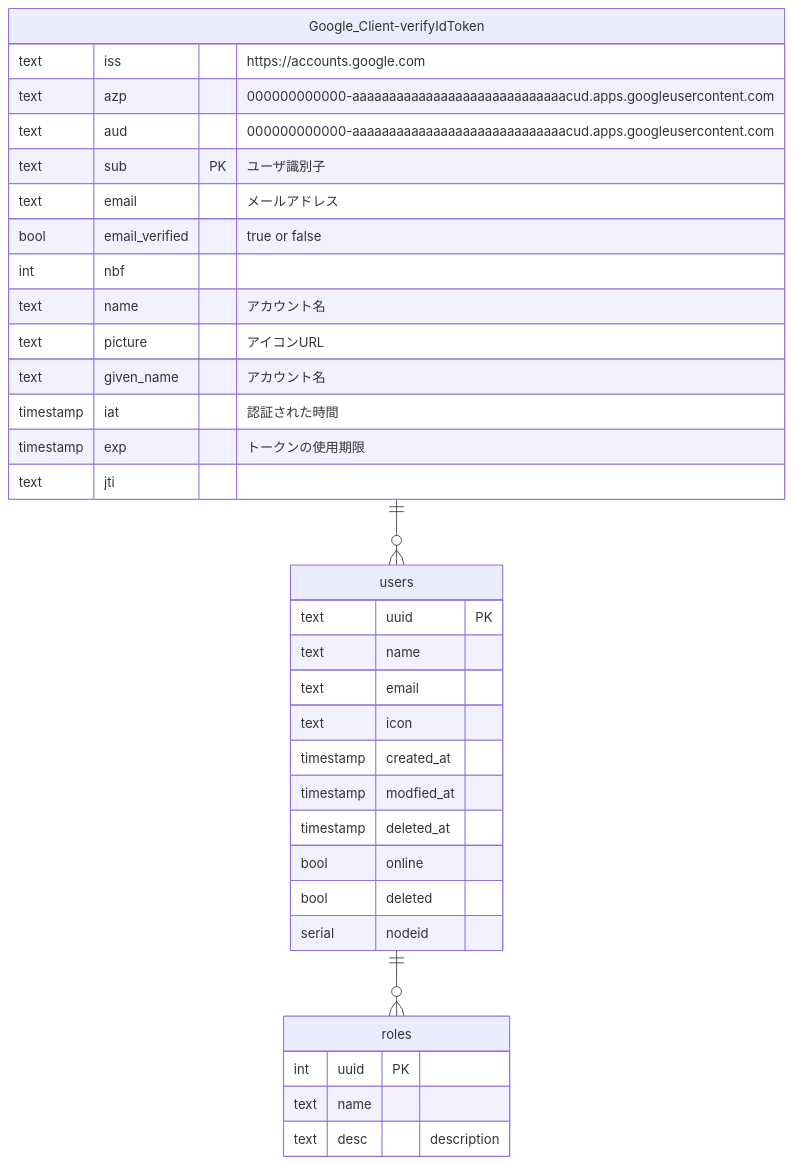
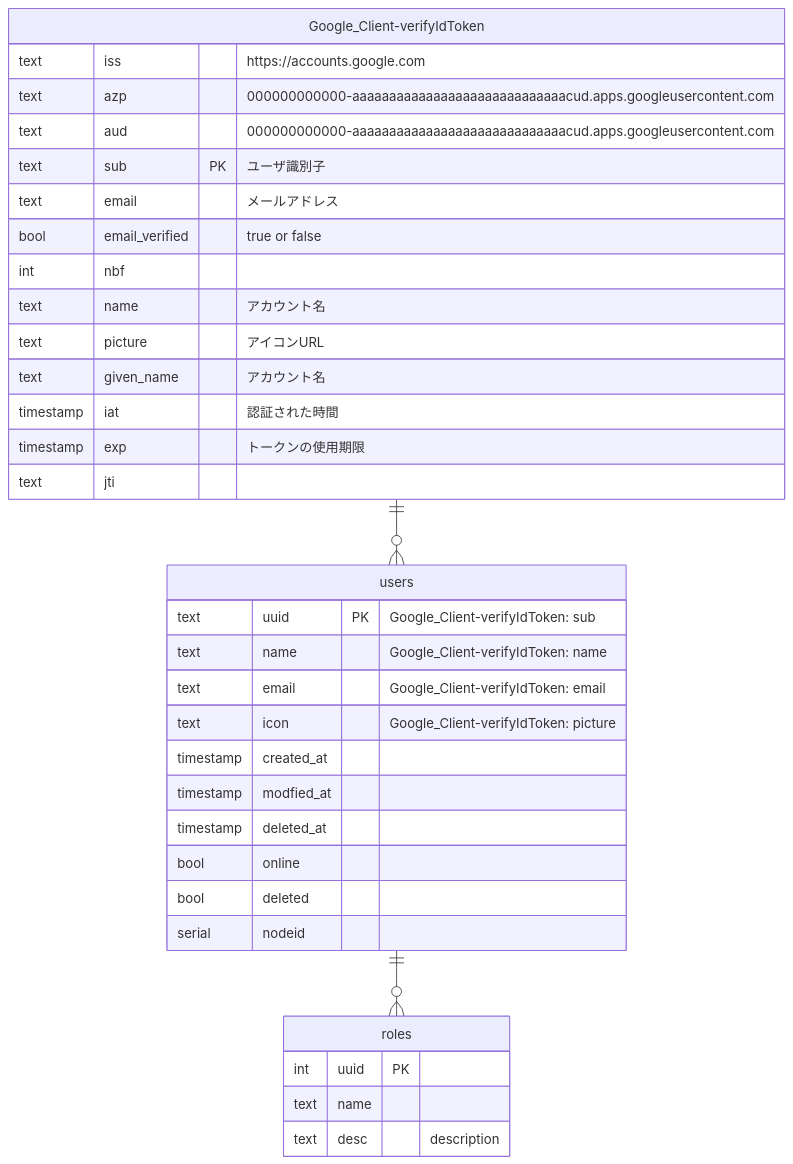
The first of 2 diagrams in README.md (n138-kz/denkou-kakomon-dotcom), drawn with Mermaid before and after one commit.

````diff
--- a/README.md
+++ b/README.md
@@ -28,40 +28,40 @@
 ```mermaid
 erDiagram
 Google_Client-verifyIdToken ||--o{ users: ""
 users ||--o{ roles: "" 
 
 Google_Client-verifyIdToken {
     text iss "https://accounts.google.com"
     text azp "000000000000-aaaaaaaaaaaaaaaaaaaaaaaaaaaaacud.apps.googleusercontent.com"
     text aud "000000000000-aaaaaaaaaaaaaaaaaaaaaaaaaaaaacud.apps.googleusercontent.com"
     text sub PK "ユーザ識別子"
     text email "メールアドレス"
     bool email_verified "true or false"
     int nbf
     text name "アカウント名"
     text picture "アイコンURL"
     text given_name "アカウント名"
     timestamp iat "認証された時間"
     timestamp exp "トークンの使用期限"
     text jti
 }
 
 users {
-    text uuid PK
-    text name
-    text email
-    text icon
+    text uuid PK "Google_Client-verifyIdToken: sub"
+    text name "Google_Client-verifyIdToken: name"
+    text email "Google_Client-verifyIdToken: email"
+    text icon "Google_Client-verifyIdToken: picture"
     timestamp created_at
     timestamp modfied_at
     timestamp deleted_at
     bool online
     bool deleted 
     serial nodeid
 }
 
 roles {
     int uuid PK
     text name
     text desc "description"
 }
 ```
````
